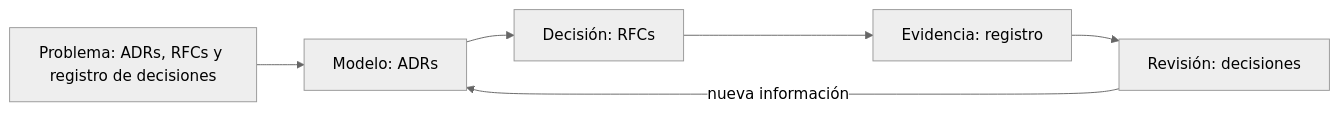
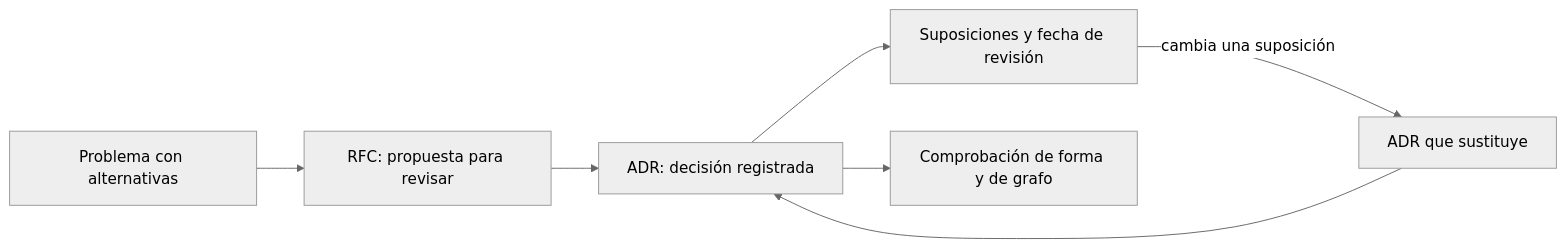
The diagram in classes/part-17-documentacion-y-conocimiento-tecnico/se-208-adrs-rfcs-y-registro-de-decisiones/README.md (vladimiracunadev-create/modern-software-engineering-program), drawn with Mermaid (neutral theme) before and after one commit. The commit also changed other lines of this file and 116 other files, not shown here.

````diff
--- a/classes/part-17-documentacion-y-conocimiento-tecnico/se-208-adrs-rfcs-y-registro-de-decisiones/README.md
+++ b/classes/part-17-documentacion-y-conocimiento-tecnico/se-208-adrs-rfcs-y-registro-de-decisiones/README.md
@@ -40,8 +49,9 @@
 ```mermaid
 flowchart LR
-    P["Problema: ADRs, RFCs y registro de decisiones"] --> M["Modelo: ADRs"]
-    M --> D["Decisión: RFCs"]
-    D --> E["Evidencia: registro"]
-    E --> R["Revisión: decisiones"]
-    R -->|nueva información| M
+    A[Problema con alternativas] --> B[RFC: propuesta para revisar]
+    B --> C[ADR: decisión registrada]
+    C --> D[Suposiciones y fecha de revisión]
+    D -->|cambia una suposición| E[ADR que sustituye]
+    E --> C
+    C --> F[Comprobación de forma y de grafo]
 ```
````
